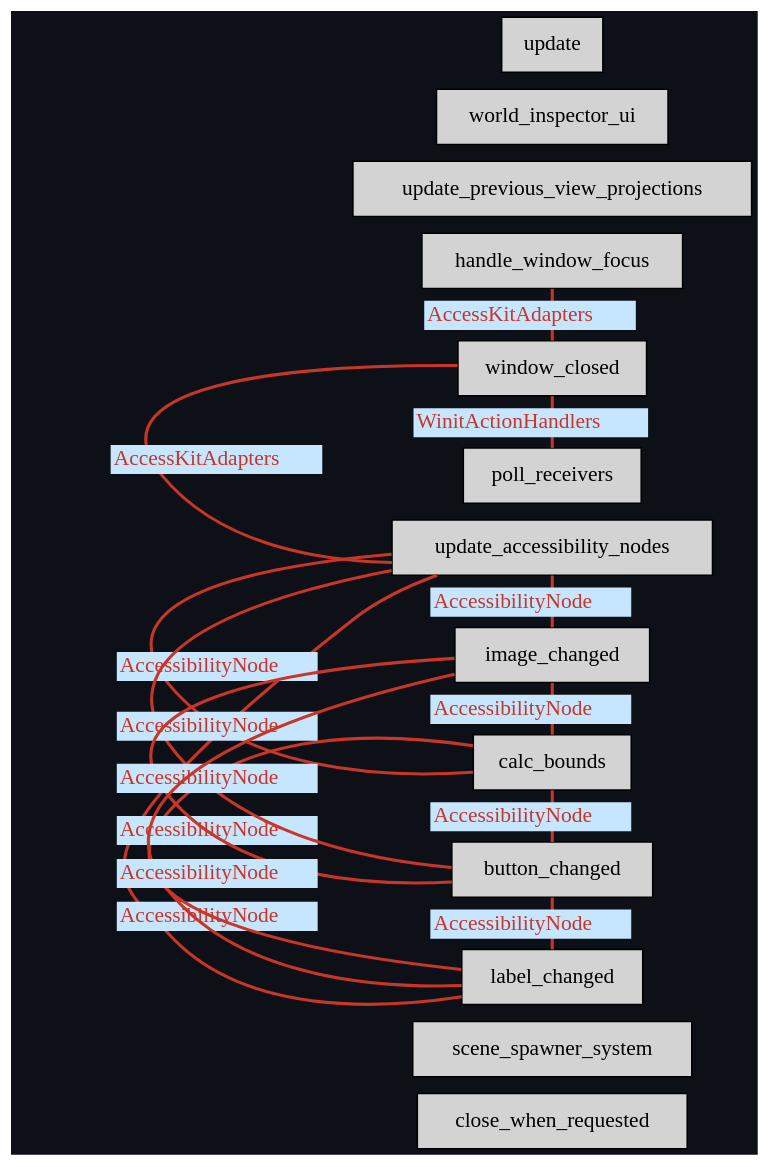
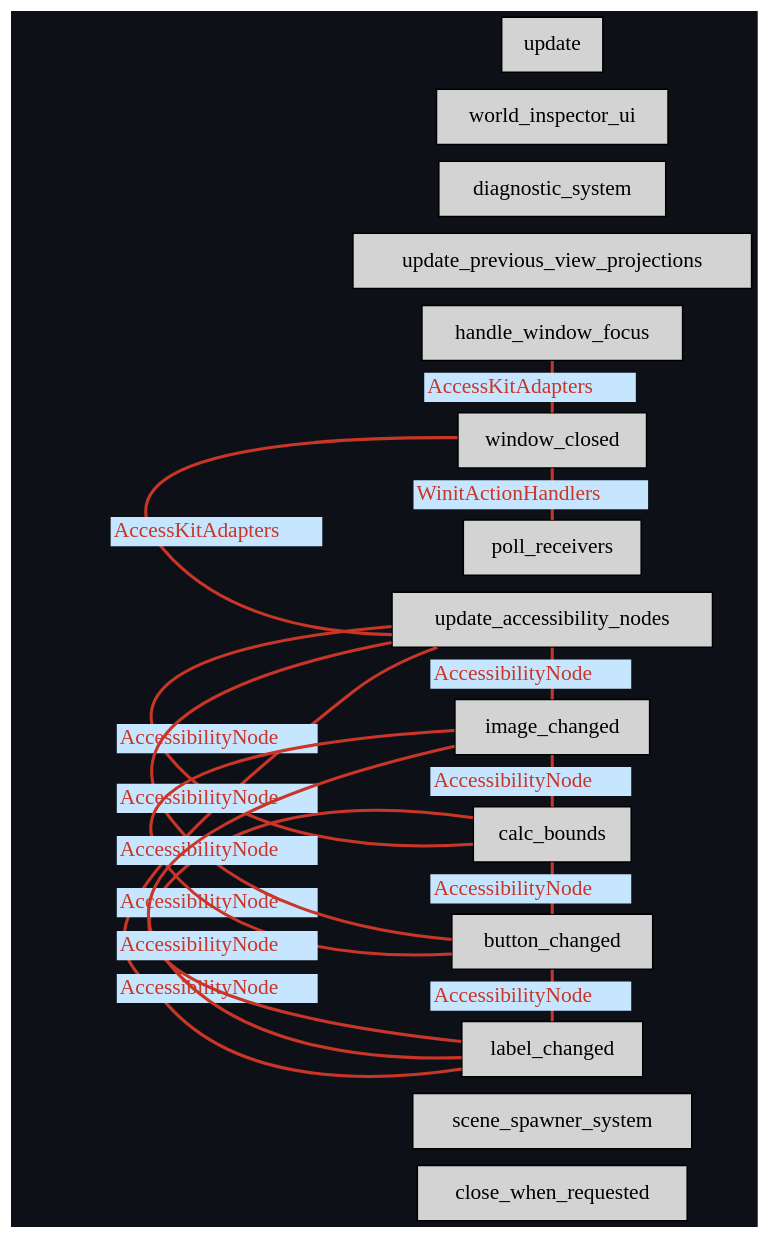
One commit to eerii/hello-bevy changed the diagram in graphs/update-schedule.dot. Above: the diagram before and after it, drawn with Graphviz. The commit also changed 5 other files, not shown here.

```diff
--- a/graphs/update-schedule.dot
+++ b/graphs/update-schedule.dot
@@ -1,36 +1,37 @@
 digraph "" {
 	"compound"="true";
 	"splines"="spline";
 	"rankdir"="LR";
 	"bgcolor"="#0d1117";
 	"fontname"="Helvetica";
 	"nodesep"="0.15";
 	edge ["penwidth"="2"];
 	node ["shape"="box", "style"="filled"];
 	"node_System(0)" ["label"="close_when_requested", "tooltip"="bevy_window::system::close_when_requested"]
 	"node_System(1)" ["label"="scene_spawner_system", "tooltip"="bevy_scene::scene_spawner::scene_spawner_system"]
 	"node_System(2)" ["label"="handle_window_focus", "tooltip"="bevy_winit::accessibility::handle_window_focus"]
 	"node_System(3)" ["label"="window_closed", "tooltip"="bevy_winit::accessibility::window_closed"]
 	"node_System(4)" ["label"="poll_receivers", "tooltip"="bevy_winit::accessibility::poll_receivers"]
 	"node_System(5)" ["label"="update_accessibility_nodes", "tooltip"="bevy_winit::accessibility::update_accessibility_nodes"]
 	"node_System(6)" ["label"="calc_bounds", "tooltip"="bevy_ui::accessibility::calc_bounds"]
 	"node_System(7)" ["label"="button_changed", "tooltip"="bevy_ui::accessibility::button_changed"]
 	"node_System(8)" ["label"="image_changed", "tooltip"="bevy_ui::accessibility::image_changed"]
 	"node_System(9)" ["label"="label_changed", "tooltip"="bevy_ui::accessibility::label_changed"]
 	"node_System(10)" ["label"="update_previous_view_projections", "tooltip"="bevy_pbr::prepass::update_previous_view_projections"]
-	"node_System(11)" ["label"="world_inspector_ui", "tooltip"="bevy_inspector_egui::quick::world_inspector_ui"]
-	"node_System(12)" ["label"="update", "tooltip"="hello_bevy::update"]
+	"node_System(11)" ["label"="diagnostic_system", "tooltip"="bevy_diagnostic::frame_time_diagnostics_plugin::FrameTimeDiagnosticsPlugin::diagnostic_system"]
+	"node_System(12)" ["label"="world_inspector_ui", "tooltip"="bevy_inspector_egui::quick::world_inspector_ui"]
+	"node_System(13)" ["label"="update", "tooltip"="hello_bevy::update"]
 	"node_System(3)" -> "node_System(2)" ["dir"="none", "constraint"="false", "color"="#c93526", "fontcolor"="#c93526", "label"=<<table border="0" cellborder="0"><tr><td bgcolor="#c6e6ff">AccessKitAdapters</td></tr></table>>, "labeltooltip"="window_closed — handle_window_focus"]
 	"node_System(4)" -> "node_System(3)" ["dir"="none", "constraint"="false", "color"="#c93526", "fontcolor"="#c93526", "label"=<<table border="0" cellborder="0"><tr><td bgcolor="#c6e6ff">WinitActionHandlers</td></tr></table>>, "labeltooltip"="poll_receivers — window_closed"]
 	"node_System(5)" -> "node_System(3)" ["dir"="none", "constraint"="false", "color"="#c93526", "fontcolor"="#c93526", "label"=<<table border="0" cellborder="0"><tr><td bgcolor="#c6e6ff">AccessKitAdapters</td></tr></table>>, "labeltooltip"="update_accessibility_nodes — window_closed"]
 	"node_System(5)" -> "node_System(8)" ["dir"="none", "constraint"="false", "color"="#c93526", "fontcolor"="#c93526", "label"=<<table border="0" cellborder="0"><tr><td bgcolor="#c6e6ff">AccessibilityNode</td></tr></table>>, "labeltooltip"="update_accessibility_nodes — image_changed"]
 	"node_System(5)" -> "node_System(9)" ["dir"="none", "constraint"="false", "color"="#c93526", "fontcolor"="#c93526", "label"=<<table border="0" cellborder="0"><tr><td bgcolor="#c6e6ff">AccessibilityNode</td></tr></table>>, "labeltooltip"="update_accessibility_nodes — label_changed"]
 	"node_System(6)" -> "node_System(5)" ["dir"="none", "constraint"="false", "color"="#c93526", "fontcolor"="#c93526", "label"=<<table border="0" cellborder="0"><tr><td bgcolor="#c6e6ff">AccessibilityNode</td></tr></table>>, "labeltooltip"="calc_bounds — update_accessibility_nodes"]
 	"node_System(6)" -> "node_System(7)" ["dir"="none", "constraint"="false", "color"="#c93526", "fontcolor"="#c93526", "label"=<<table border="0" cellborder="0"><tr><td bgcolor="#c6e6ff">AccessibilityNode</td></tr></table>>, "labeltooltip"="calc_bounds — button_changed"]
 	"node_System(6)" -> "node_System(8)" ["dir"="none", "constraint"="false", "color"="#c93526", "fontcolor"="#c93526", "label"=<<table border="0" cellborder="0"><tr><td bgcolor="#c6e6ff">AccessibilityNode</td></tr></table>>, "labeltooltip"="calc_bounds — image_changed"]
 	"node_System(6)" -> "node_System(9)" ["dir"="none", "constraint"="false", "color"="#c93526", "fontcolor"="#c93526", "label"=<<table border="0" cellborder="0"><tr><td bgcolor="#c6e6ff">AccessibilityNode</td></tr></table>>, "labeltooltip"="calc_bounds — label_changed"]
 	"node_System(7)" -> "node_System(5)" ["dir"="none", "constraint"="false", "color"="#c93526", "fontcolor"="#c93526", "label"=<<table border="0" cellborder="0"><tr><td bgcolor="#c6e6ff">AccessibilityNode</td></tr></table>>, "labeltooltip"="button_changed — update_accessibility_nodes"]
 	"node_System(7)" -> "node_System(8)" ["dir"="none", "constraint"="false", "color"="#c93526", "fontcolor"="#c93526", "label"=<<table border="0" cellborder="0"><tr><td bgcolor="#c6e6ff">AccessibilityNode</td></tr></table>>, "labeltooltip"="button_changed — image_changed"]
 	"node_System(7)" -> "node_System(9)" ["dir"="none", "constraint"="false", "color"="#c93526", "fontcolor"="#c93526", "label"=<<table border="0" cellborder="0"><tr><td bgcolor="#c6e6ff">AccessibilityNode</td></tr></table>>, "labeltooltip"="button_changed — label_changed"]
 	"node_System(9)" -> "node_System(8)" ["dir"="none", "constraint"="false", "color"="#c93526", "fontcolor"="#c93526", "label"=<<table border="0" cellborder="0"><tr><td bgcolor="#c6e6ff">AccessibilityNode</td></tr></table>>, "labeltooltip"="label_changed — image_changed"]
 }
```
